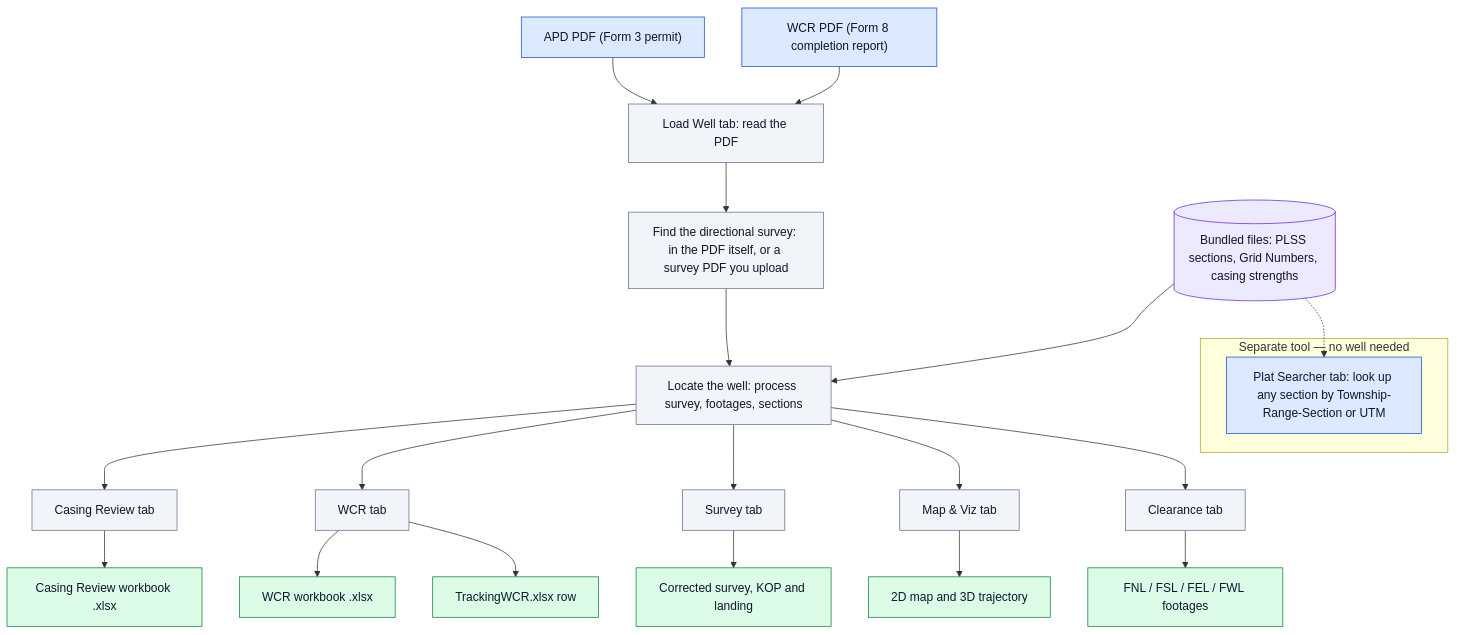
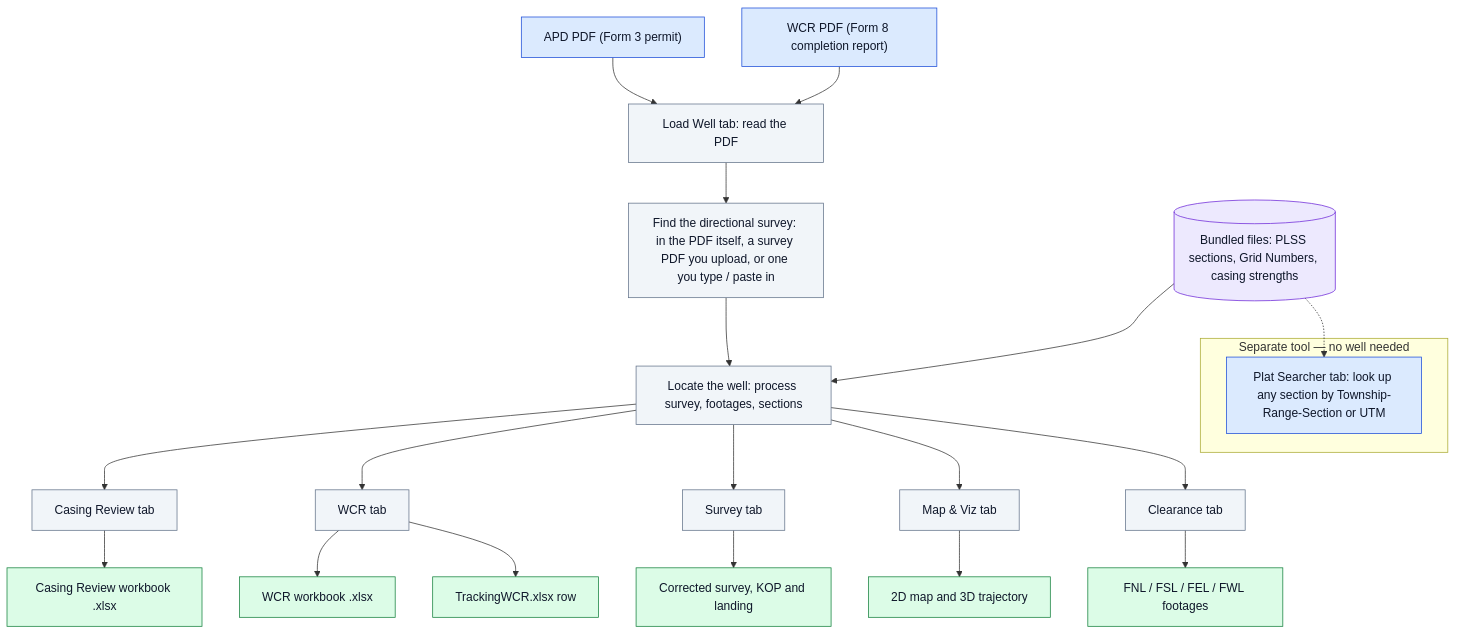
Before and after one commit to clgoodrich/EToolsV3: the first of 6 diagrams in etools/docs/app_guide.md, drawn with Mermaid. The commit also changed other lines of this file and 9 other files, not shown here.

First line of the commit message:
feat(survey): type / paste survey table on the WCR and Casing Review tabs

````diff
--- a/etools/docs/app_guide.md
+++ b/etools/docs/app_guide.md
@@ -23,38 +23,38 @@
 ```mermaid
 flowchart TD
     classDef you fill:#dbeafe,stroke:#1d4ed8,color:#0f172a
     classDef auto fill:#f1f5f9,stroke:#64748b,color:#0f172a
     classDef out fill:#dcfce7,stroke:#15803d,color:#0f172a
     classDef data fill:#ede9fe,stroke:#6d28d9,color:#0f172a
 
     APD["APD PDF (Form 3 permit)"]:::you
     WCR["WCR PDF (Form 8 completion report)"]:::you
     LOAD["Load Well tab: read the PDF"]:::auto
-    SURVEY["Find the directional survey: in the PDF itself, or a survey PDF you upload"]:::auto
+    SURVEY["Find the directional survey: in the PDF itself, a survey PDF you upload, or one you type / paste in"]:::auto
     PIPE["Locate the well: process survey, footages, sections"]:::auto
     FILES[("Bundled files: PLSS sections, Grid Numbers, casing strengths")]:::data
 
     APD --> LOAD
     WCR --> LOAD
     LOAD --> SURVEY
     SURVEY --> PIPE
     FILES --> PIPE
 
     PIPE --> CR["Casing Review tab"]:::auto
     PIPE --> W["WCR tab"]:::auto
     PIPE --> S["Survey tab"]:::auto
     PIPE --> M["Map & Viz tab"]:::auto
     PIPE --> C["Clearance tab"]:::auto
 
     CR --> CRX["Casing Review workbook .xlsx"]:::out
     W --> WX["WCR workbook .xlsx"]:::out
     W --> TR["TrackingWCR.xlsx row"]:::out
     S --> SX["Corrected survey, KOP and landing"]:::out
     M --> MX["2D map and 3D trajectory"]:::out
     C --> CX["FNL / FSL / FEL / FWL footages"]:::out
 
     subgraph STANDALONE["Separate tool — no well needed"]
         PLAT["Plat Searcher tab: look up any section by Township-Range-Section or UTM"]:::you
     end
     FILES -.-> PLAT
 ```
````
